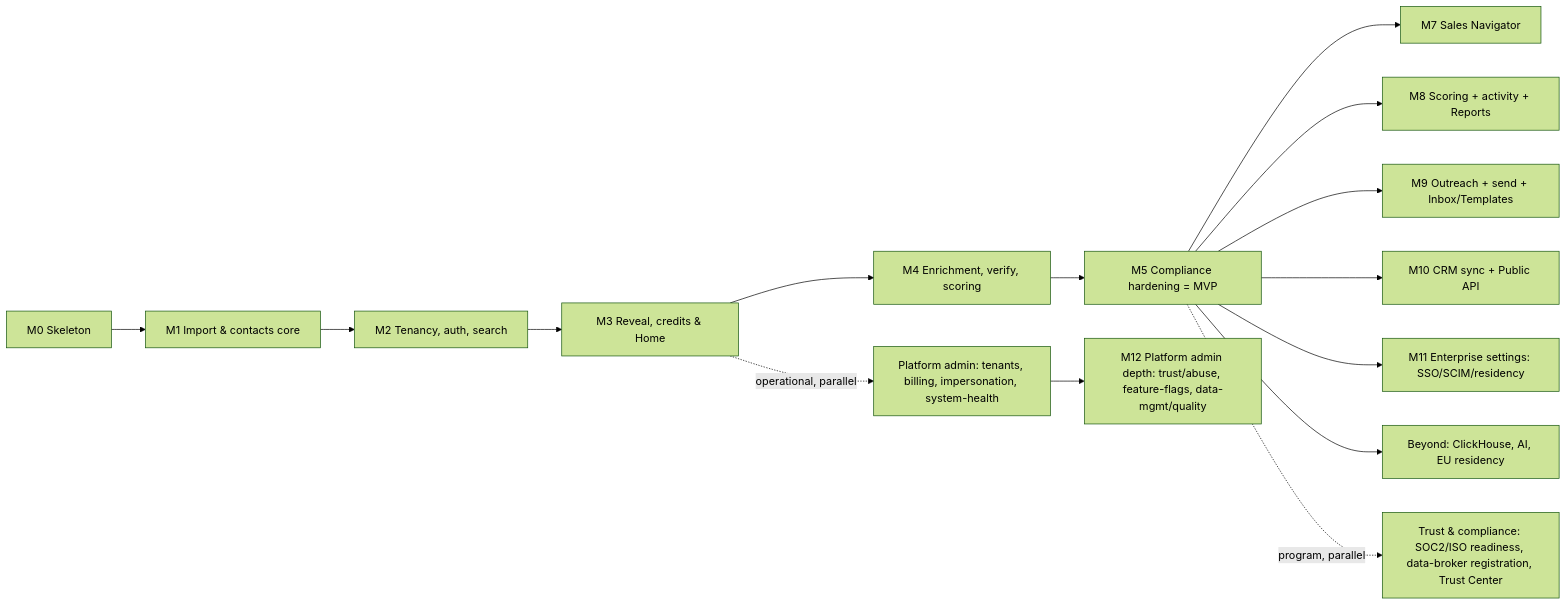
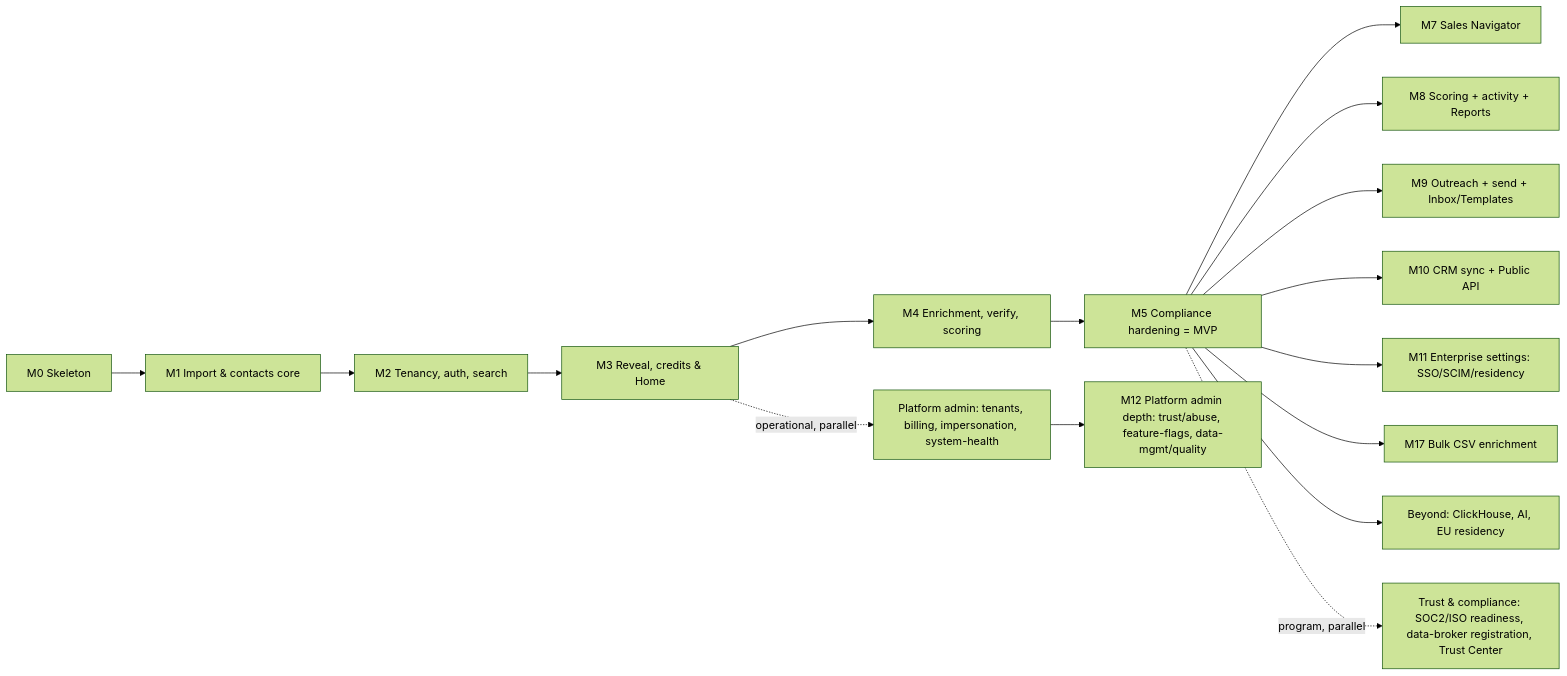
One commit to itsamiitt/truepoint changed the diagram in docs/planning/10-roadmap.md. Above: the diagram before and after it, drawn with Mermaid (forest theme). The commit also changed other lines of this file, not shown here.

First line of the commit message:
docs(planning): add M17 Bulk CSV Enrichment to roadmap (10)

````diff
--- a/docs/planning/10-roadmap.md
+++ b/docs/planning/10-roadmap.md
@@ -20,17 +20,18 @@
 ```mermaid
 flowchart LR
   M0[M0 Skeleton] --> M1[M1 Import & contacts core]
   M1 --> M2[M2 Tenancy, auth, search]
   M2 --> M3[M3 Reveal, credits & Home]
   M3 --> M4[M4 Enrichment, verify, scoring]
   M4 --> M5[M5 Compliance hardening = MVP]
   M5 --> M7[M7 Sales Navigator]
   M5 --> M8[M8 Scoring + activity + Reports]
   M5 --> M9[M9 Outreach + send + Inbox/Templates]
   M5 --> M10[M10 CRM sync + Public API]
   M5 --> M11[M11 Enterprise settings: SSO/SCIM/residency]
+  M5 --> M17[M17 Bulk CSV enrichment]
   M5 --> B[Beyond: ClickHouse, AI, EU residency]
   M3 -. operational, parallel .-> PAa[Platform admin: tenants, billing, impersonation, system-health]
   PAa --> PAb[M12 Platform admin depth: trust/abuse, feature-flags, data-mgmt/quality]
   M5 -. program, parallel .-> TC[Trust & compliance: SOC2/ISO readiness, data-broker registration, Trust Center]
 ```
````
